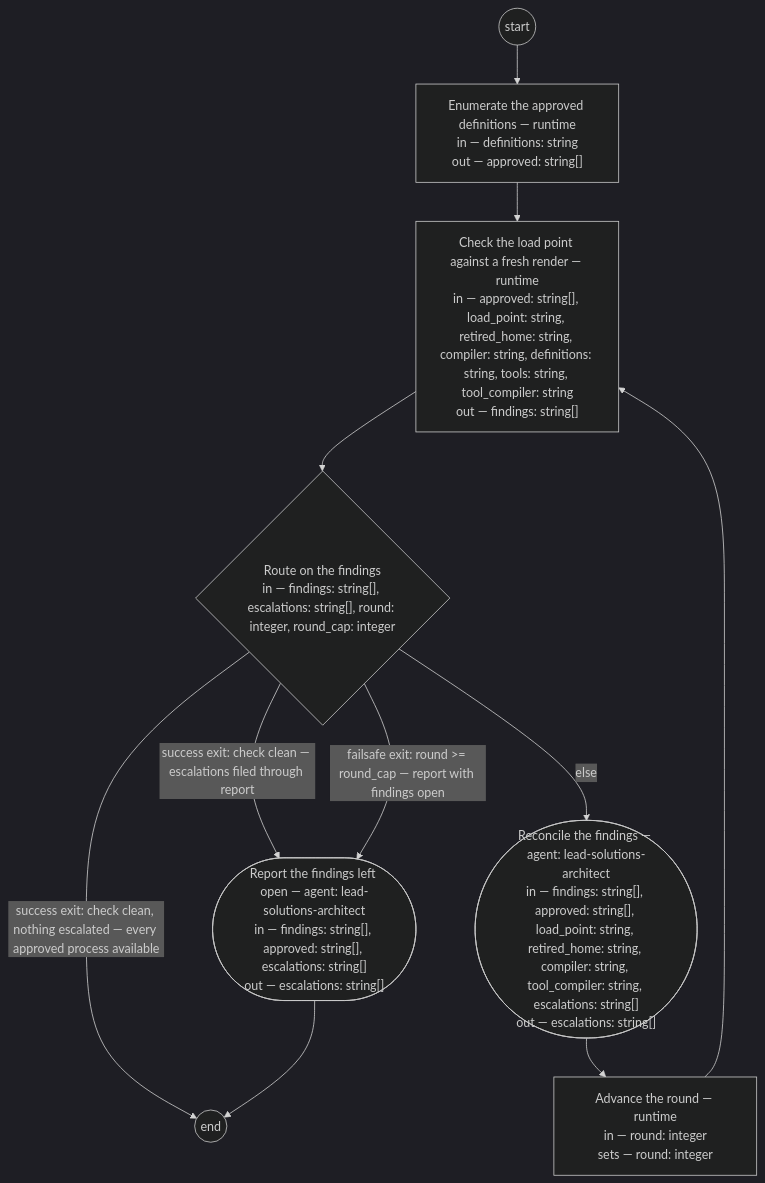
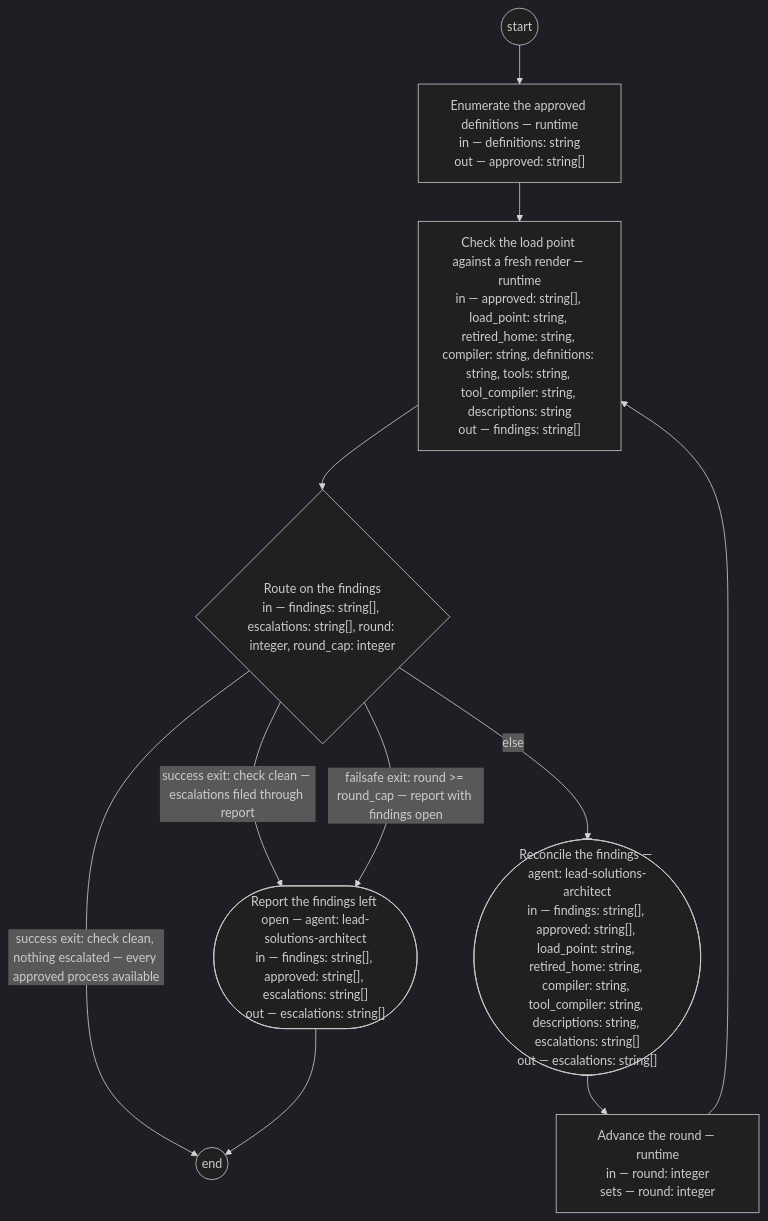
The diagram in .claude/skills/skill-rendering/SKILL.md (dstengle/shopsystem-product), drawn with Mermaid (dark theme) before and after one commit. The commit also changed other lines of this file and 34 other files, not shown here.

````diff
--- a/.claude/skills/skill-rendering/SKILL.md
+++ b/.claude/skills/skill-rendering/SKILL.md
@@ -38,20 +41,20 @@
 ```mermaid
 flowchart TD
   enumerate["Enumerate the approved definitions — runtime<br/>in — definitions: string<br/>out — approved: string[]"]
-  check["Check the load point against a fresh render — runtime<br/>in — approved: string[], load_point: string, retired_home: string, compiler: string, definitions: string, tools: string, tool_compiler: string<br/>out — findings: string[]"]
+  check["Check the load point against a fresh render — runtime<br/>in — approved: string[], load_point: string, retired_home: string, compiler: string, definitions: string, tools: string, tool_compiler: string, descriptions: string<br/>out — findings: string[]"]
   route{"Route on the findings<br/>in — findings: string[], escalations: string[], round: integer, round_cap: integer"}
-  reconcile(["Reconcile the findings — agent: lead-solutions-architect<br/>in — findings: string[], approved: string[], load_point: string, retired_home: string, compiler: string, tool_compiler: string, escalations: string[]<br/>out — escalations: string[]"])
+  reconcile(["Reconcile the findings — agent: lead-solutions-architect<br/>in — findings: string[], approved: string[], load_point: string, retired_home: string, compiler: string, tool_compiler: string, descriptions: string, escalations: string[]<br/>out — escalations: string[]"])
   advance_round["Advance the round — runtime<br/>in — round: integer<br/>sets — round: integer"]
   report(["Report the findings left open — agent: lead-solutions-architect<br/>in — findings: string[], approved: string[], escalations: string[]<br/>out — escalations: string[]"])
   __end(("end"))
   __start(("start")) --> enumerate
   enumerate --> check
   check --> route
   route -->|success exit: check clean, nothing escalated — every approved process available| __end
   route -->|success exit: check clean — escalations filed through report| report
   route -->|failsafe exit: round >= round_cap — report with findings open| report
   route -->|else| reconcile
   reconcile --> advance_round
   advance_round --> check
   report --> __end
 ```
````
